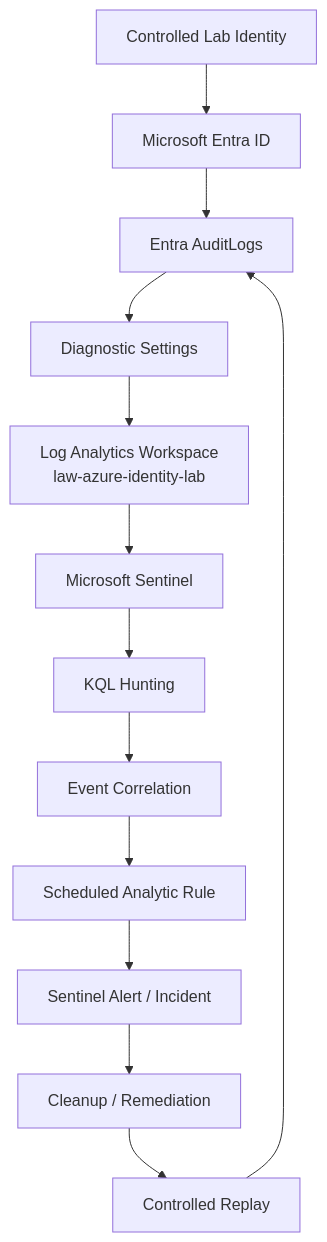
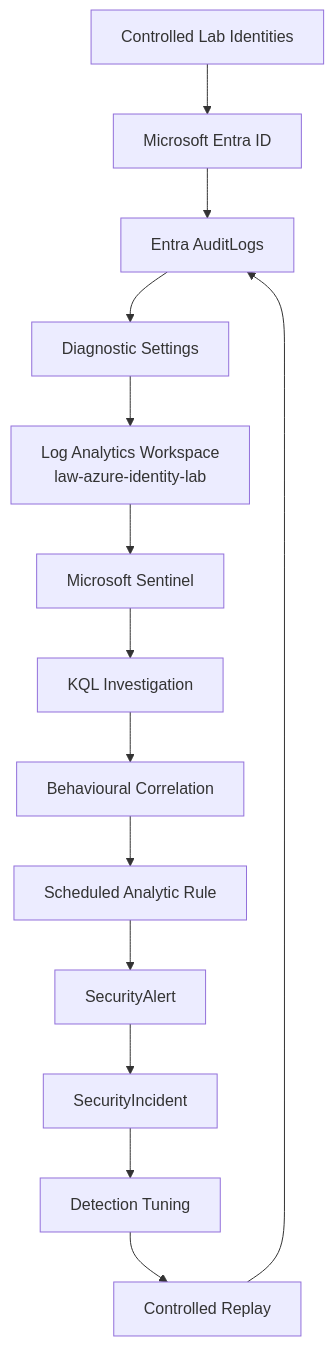
One commit to Seanfrvr/Azure-Identity-Detection-Correlation-Home-Lab changed the diagram in ARCHITECTURE.md. Above: the diagram before and after it, drawn with Mermaid. The commit also changed other lines of this file, not shown here.

Commit message:
Modernize architecture documentation after final validation

````diff
--- a/ARCHITECTURE.md
+++ b/ARCHITECTURE.md
@@ -33,15 +37,16 @@
 ```mermaid
 flowchart TD
-    U["Controlled Lab Identity"] --> E["Microsoft Entra ID"]
+    U["Controlled Lab Identities"] --> E["Microsoft Entra ID"]
     E --> A["Entra AuditLogs"]
     A --> D["Diagnostic Settings"]
     D --> L["Log Analytics Workspace\nlaw-azure-identity-lab"]
     L --> S["Microsoft Sentinel"]
-    S --> H["KQL Hunting"]
-    H --> C["Event Correlation"]
+    S --> H["KQL Investigation"]
+    H --> C["Behavioural Correlation"]
     C --> R["Scheduled Analytic Rule"]
-    R --> I["Sentinel Alert / Incident"]
-    I --> X["Cleanup / Remediation"]
-    X --> P["Controlled Replay"]
+    R --> SA["SecurityAlert"]
+    SA --> SI["SecurityIncident"]
+    SI --> T["Detection Tuning"]
+    T --> P["Controlled Replay"]
     P --> A
 ```
````
